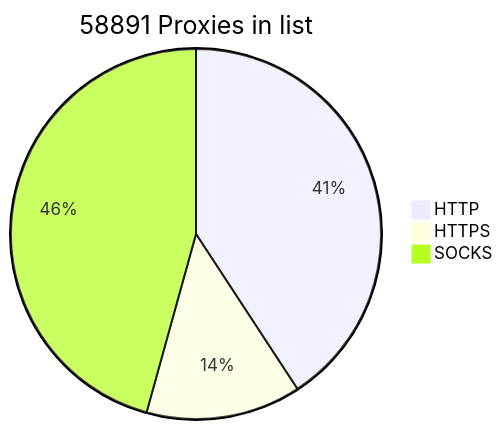
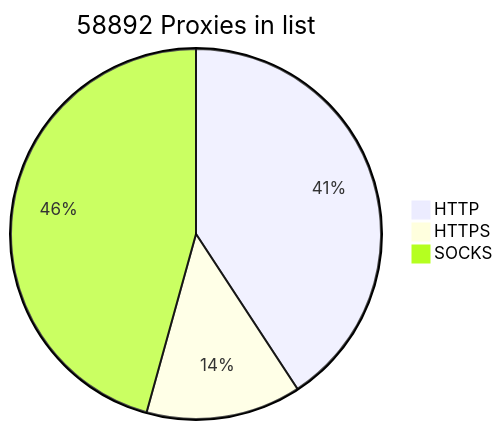
The diagram in README.md (BlackSnowDot/proxylist-update-every-minute), drawn with Mermaid before and after one commit.

````diff
--- a/README.md
+++ b/README.md
@@ -2,6 +2,6 @@
 ```mermaid
-pie title 58891 Proxies in list
-    "HTTP" : 27053
-    "HTTPS": 8977
+pie title 58892 Proxies in list
+    "HTTP" : 27052
+    "HTTPS": 8979
     "SOCKS" : 30320
 ```
````
